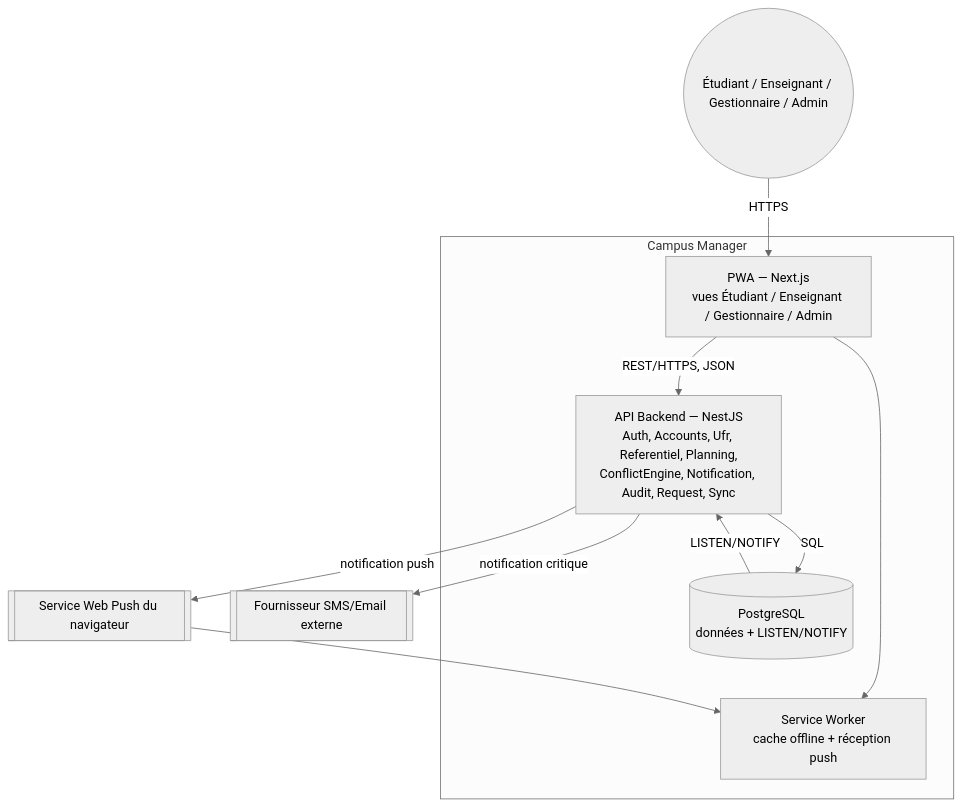
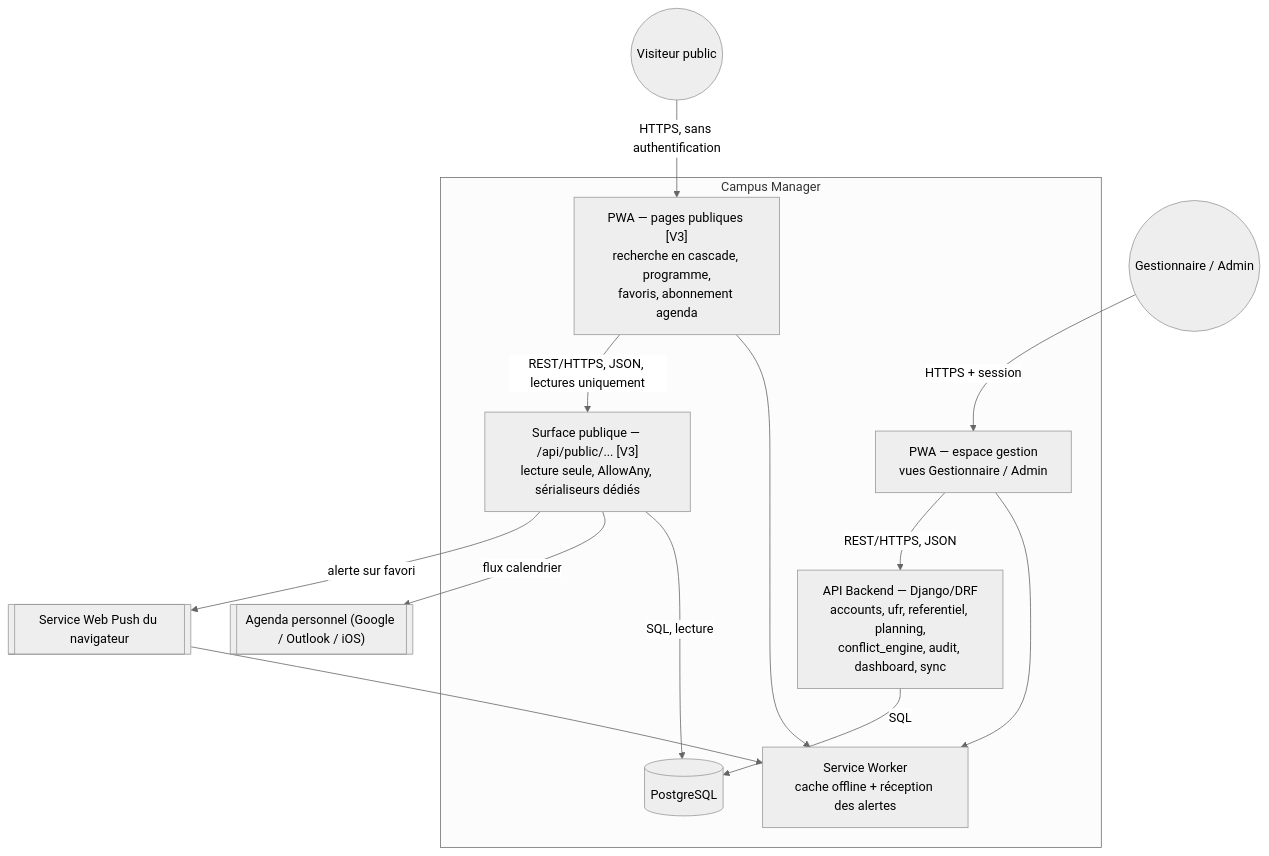
The sixth of 7 diagrams in docs/05_UML_C4_Campus_Manager.md (Kevin23phx/Gestionnaire_emploi_de_temps), drawn with Mermaid (neutral theme) before and after one commit. The commit also changed other lines of this file and 59 other files, not shown here.

````diff
--- a/docs/05_UML_C4_Campus_Manager.md
+++ b/docs/05_UML_C4_Campus_Manager.md
@@ -163,23 +224,29 @@
 ```mermaid
 graph TB
-    Utilisateur((Étudiant / Enseignant / Gestionnaire / Admin))
+    Visiteur((Visiteur public))
+    Gestion((Gestionnaire / Admin))
 
     subgraph "Campus Manager"
-        PWA["PWA — Next.js<br/>vues Étudiant / Enseignant / Gestionnaire / Admin"]
-        SW["Service Worker<br/>cache offline + réception push"]
-        API["API Backend — NestJS<br/>Auth, Accounts, Ufr, Referentiel, Planning,<br/>ConflictEngine, Notification, Audit, Request, Sync"]
-        DB[("PostgreSQL<br/>données + LISTEN/NOTIFY")]
+        PWApub["PWA — pages publiques [V3]<br/>recherche en cascade, programme,<br/>favoris, abonnement agenda"]
+        PWAges["PWA — espace gestion<br/>vues Gestionnaire / Admin"]
+        SW["Service Worker<br/>cache offline + réception des alertes"]
+        APIpub["Surface publique — /api/public/... [V3]<br/>lecture seule, AllowAny, sérialiseurs dédiés"]
+        API["API Backend — Django/DRF<br/>accounts, ufr, referentiel, planning,<br/>conflict_engine, audit, dashboard, sync"]
+        DB[("PostgreSQL")]
     end
 
-    SMS[["Fournisseur SMS/Email externe"]]
+    Agenda[["Agenda personnel (Google / Outlook / iOS)"]]
     WebPush[["Service Web Push du navigateur"]]
 
-    Utilisateur -->|HTTPS| PWA
-    PWA --> SW
-    PWA -->|REST/HTTPS, JSON| API
+    Visiteur -->|HTTPS, sans authentification| PWApub
+    Gestion -->|HTTPS + session| PWAges
+    PWApub --> SW
+    PWAges --> SW
+    PWApub -->|REST/HTTPS, JSON, lectures uniquement| APIpub
+    PWAges -->|REST/HTTPS, JSON| API
+    APIpub -->|SQL, lecture| DB
     API -->|SQL| DB
-    DB -->|LISTEN/NOTIFY| API
-    API -->|notification critique| SMS
-    API -->|notification push| WebPush
+    APIpub -->|flux calendrier| Agenda
+    APIpub -->|alerte sur favori| WebPush
     WebPush --> SW
 ```
````
